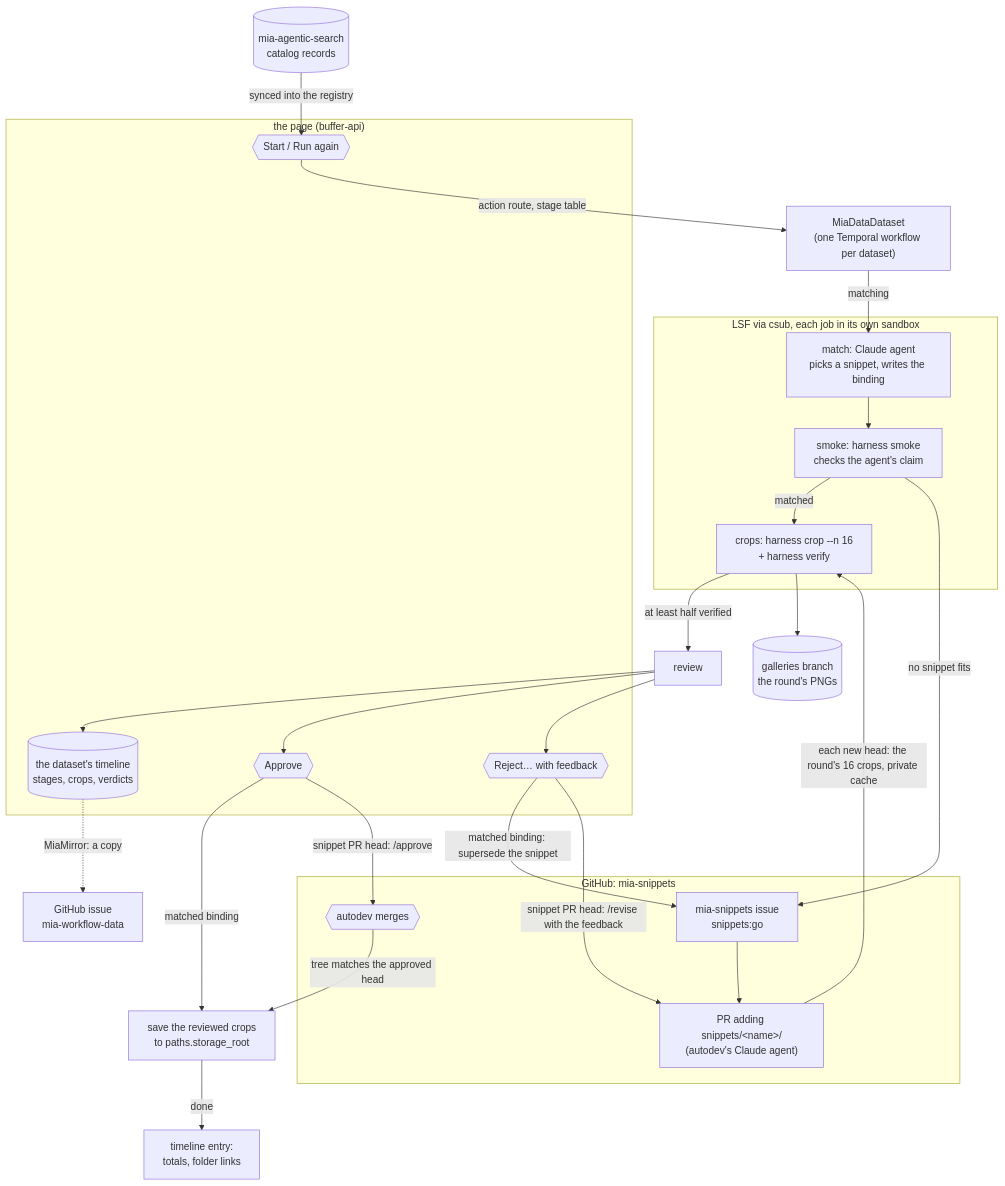
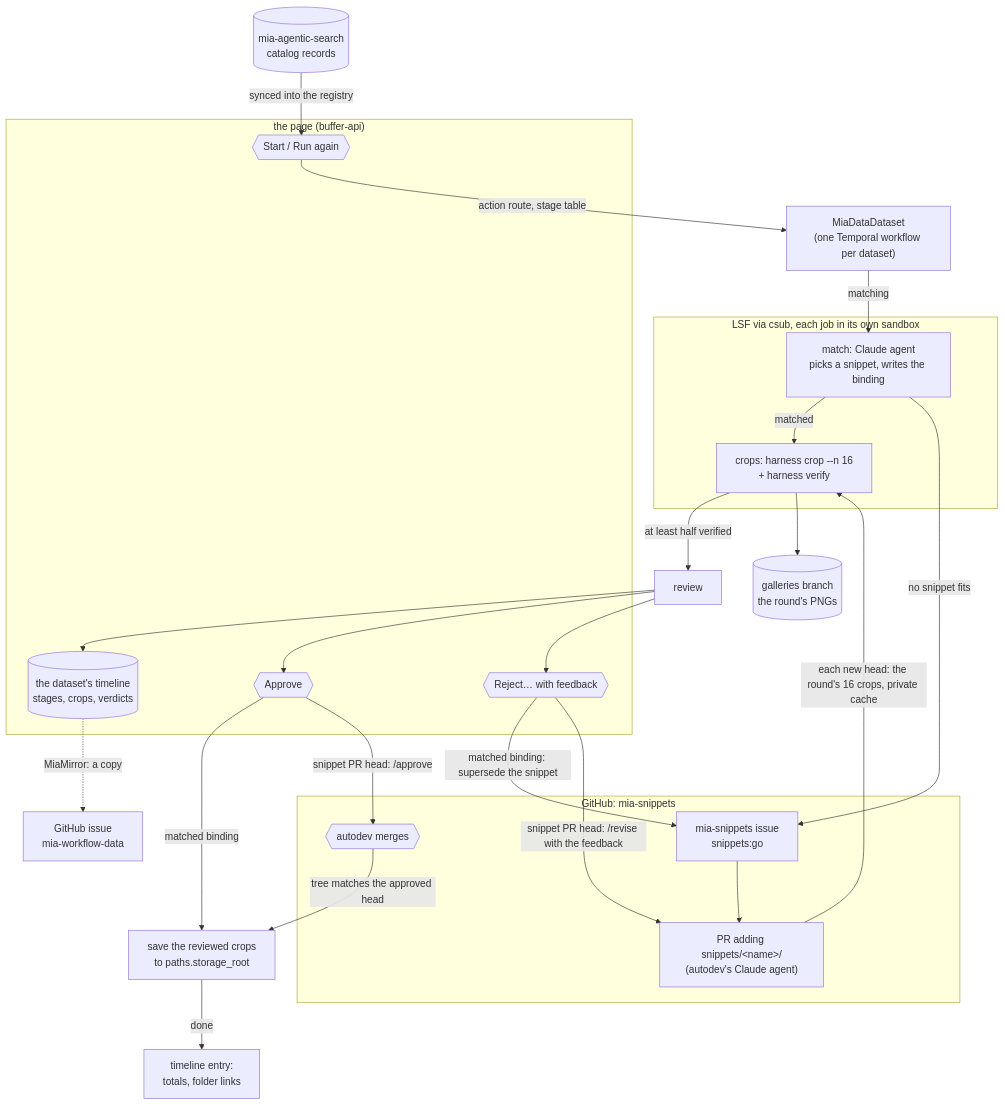
The diagram in docs/mia-data-workflow.md (JaneliaSciComp/mia-workflows), drawn with Mermaid before and after one commit. The commit also changed other lines of this file and 7 other files, not shown here.

````diff
--- a/docs/mia-data-workflow.md
+++ b/docs/mia-data-workflow.md
@@ -7,45 +7,44 @@
 ```mermaid
 flowchart TD
     catalog[("mia-agentic-search<br/>catalog records")]
 
     subgraph page["the page (buffer-api)"]
         go{{"Start / Run again"}}
         approve{{"Approve"}}
         reject{{"Reject… with feedback"}}
         timeline[("the dataset's timeline<br/>stages, crops, verdicts")]
     end
 
     catalog -->|synced into the registry| go
     go -->|action route, stage table| wf["MiaDataDataset<br/>(one Temporal workflow per dataset)"]
 
     subgraph cluster["LSF via csub, each job in its own sandbox"]
         match["match: Claude agent<br/>picks a snippet, writes the binding"]
-        smoke["smoke: harness smoke<br/>checks the agent's claim"]
         tcrop["crops: harness crop --n 16<br/>+ harness verify"]
     end
 
-    wf -->|matching| match --> smoke
-    smoke -->|matched| tcrop
-    smoke -->|no snippet fits| dev
+    wf -->|matching| match
+    match -->|matched| tcrop
+    match -->|no snippet fits| dev
     tcrop -->|at least half verified| review["review"]
     tcrop --> gallery[("galleries branch<br/>the round's PNGs")]
     review --> timeline
     review --> approve
     review --> reject
     approve -->|matched binding| publish["save the reviewed crops<br/>to paths.storage_root"]
     approve -->|snippet PR head: /approve| merge
     reject -->|matched binding: supersede the snippet| dev
     reject -->|snippet PR head: /revise with the feedback| pr
     publish -->|done| done["timeline entry:<br/>totals, folder links"]
 
     subgraph snippets["GitHub: mia-snippets"]
         dev["mia-snippets issue<br/>snippets:go"]
         pr["PR adding snippets/&lt;name&gt;/<br/>(autodev's Claude agent)"]
         merge{{"autodev merges"}}
     end
 
     dev --> pr
     pr -->|each new head: the round's 16 crops, private cache| tcrop
     merge -->|tree matches the approved head| publish
     timeline -.->|MiaMirror: a copy| issue["GitHub issue<br/>mia-workflow-data"]
 ```
````
